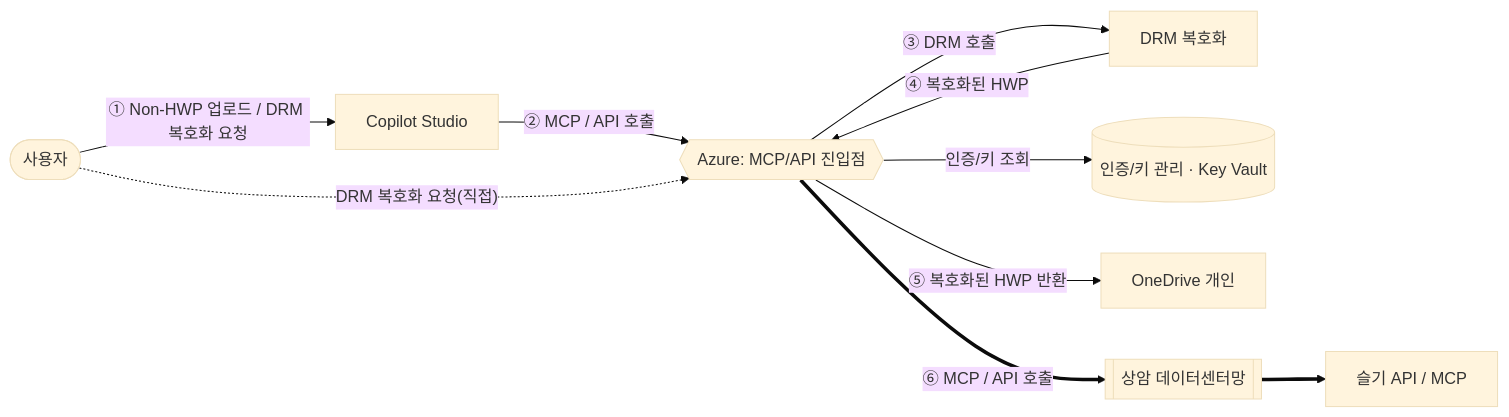
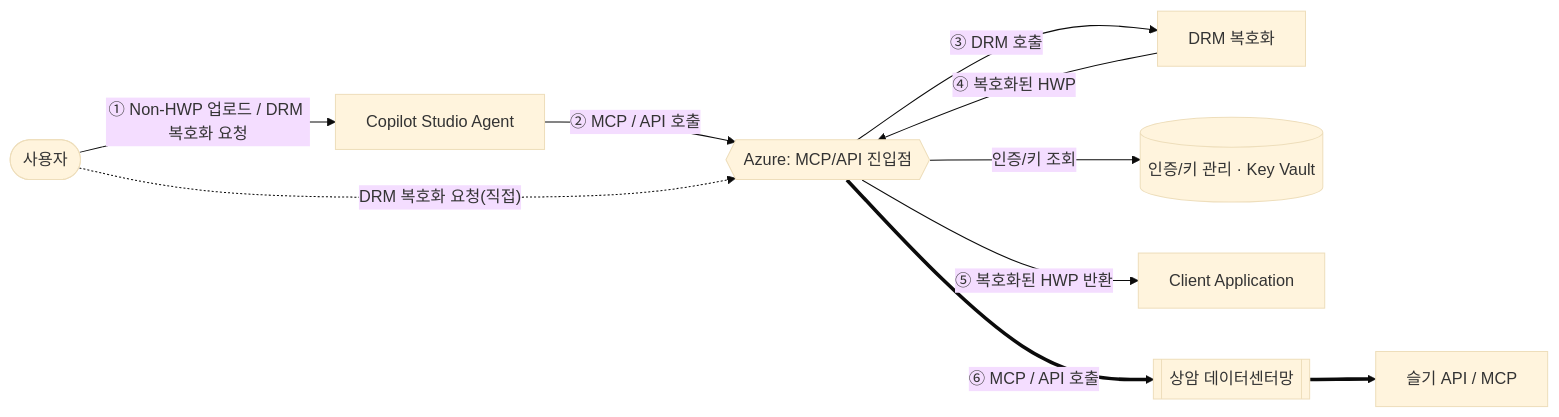
The first of 2 diagrams in docs/azure-implementation-roadmap.md (MSFT-AI-BUILD-INTERNAL/lgup-m365-mcp), drawn with Mermaid (base theme) before and after one commit. The commit also changed other lines of this file and 15 other files, not shown here.

````diff
--- a/docs/azure-implementation-roadmap.md
+++ b/docs/azure-implementation-roadmap.md
@@ -26,12 +26,12 @@
 ```mermaid
 flowchart LR
-  U([사용자]) -->|"① Non-HWP 업로드 / DRM 복호화 요청"| CS[Copilot Studio]
+  U([사용자]) -->|"① Non-HWP 업로드 / DRM 복호화 요청"| CS[Copilot Studio Agent]
   CS -->|"② MCP / API 호출"| MCP{{"Azure: MCP/API 진입점"}}
   U -.->|"DRM 복호화 요청(직접)"| MCP
   MCP -->|"③ DRM 호출"| DRM[DRM 복호화]
   MCP -->|"인증/키 조회"| KV[(인증/키 관리 · Key Vault)]
   DRM -->|"④ 복호화된 HWP"| MCP
-  MCP -->|"⑤ 복호화된 HWP 반환"| OD[OneDrive 개인]
+  MCP -->|"⑤ 복호화된 HWP 반환"| CA[Client Application]
   MCP ==>|"⑥ MCP / API 호출"| SADC[[상암 데이터센터망]]
   SADC ==> SG[슬기 API / MCP]
 ```
````
